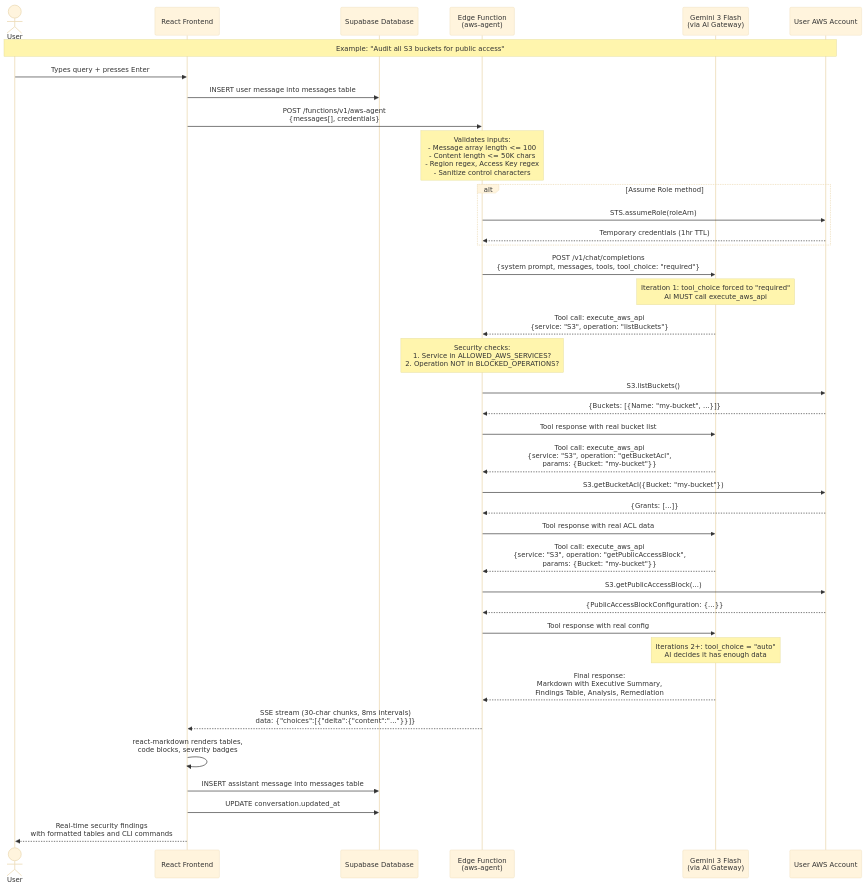
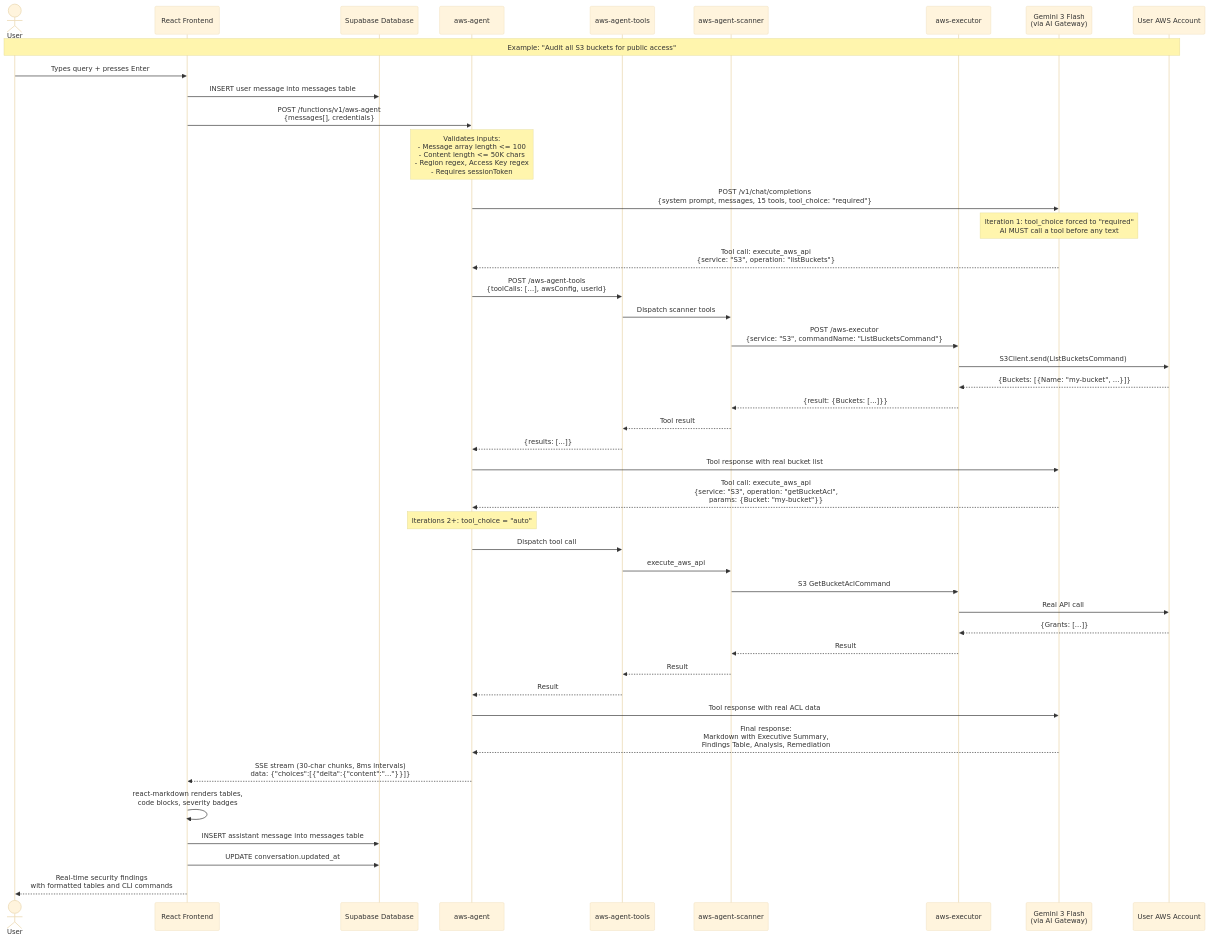
The second of 21 diagrams in TECHNICAL_DOCUMENTATION.md (ritvikindupuri/aws-ai-agent), drawn with Mermaid (base theme) before and after one commit. The commit also changed other lines of this file, not shown here.

````diff
--- a/TECHNICAL_DOCUMENTATION.md
+++ b/TECHNICAL_DOCUMENTATION.md
@@ -179,62 +160,63 @@
 ```mermaid
 sequenceDiagram
     actor User
     participant UI as React Frontend
     participant DB as Supabase Database
-    participant EF as Edge Function<br/>(aws-agent)
+    participant EF as aws-agent
+    participant Router as aws-agent-tools
+    participant Scanner as aws-agent-scanner
+    participant Executor as aws-executor
     participant AI as Gemini 3 Flash<br/>(via AI Gateway)
     participant AWS as User AWS Account
 
     Note over User,AWS: Example: "Audit all S3 buckets for public access"
 
     User->>UI: Types query + presses Enter
     UI->>DB: INSERT user message into messages table
     UI->>EF: POST /functions/v1/aws-agent<br/>{messages[], credentials}
 
-    Note over EF: Validates inputs:<br/>- Message array length <= 100<br/>- Content length <= 50K chars<br/>- Region regex, Access Key regex<br/>- Sanitize control characters
+    Note over EF: Validates inputs:<br/>- Message array length <= 100<br/>- Content length <= 50K chars<br/>- Region regex, Access Key regex<br/>- Requires sessionToken
 
-    alt Assume Role method
-        EF->>AWS: STS.assumeRole(roleArn)
-        AWS-->>EF: Temporary credentials (1hr TTL)
-    end
+    EF->>AI: POST /v1/chat/completions<br/>{system prompt, messages, 15 tools, tool_choice: "required"}
 
-    EF->>AI: POST /v1/chat/completions<br/>{system prompt, messages, tools, tool_choice: "required"}
-
-    Note over AI: Iteration 1: tool_choice forced to "required"<br/>AI MUST call execute_aws_api
+    Note over AI: Iteration 1: tool_choice forced to "required"<br/>AI MUST call a tool before any text
 
     AI-->>EF: Tool call: execute_aws_api<br/>{service: "S3", operation: "listBuckets"}
 
-    Note over EF: Security checks:<br/>1. Service in ALLOWED_AWS_SERVICES?<br/>2. Operation NOT in BLOCKED_OPERATIONS?
-
-    EF->>AWS: S3.listBuckets()
-    AWS-->>EF: {Buckets: [{Name: "my-bucket", ...}]}
+    EF->>Router: POST /aws-agent-tools<br/>{toolCalls: [...], awsConfig, userId}
+    Router->>Scanner: Dispatch scanner tools
+    Scanner->>Executor: POST /aws-executor<br/>{service: "S3", commandName: "ListBucketsCommand"}
+    Executor->>AWS: S3Client.send(ListBucketsCommand)
+    AWS-->>Executor: {Buckets: [{Name: "my-bucket", ...}]}
+    Executor-->>Scanner: {result: {Buckets: [...]}}
+    Scanner-->>Router: Tool result
+    Router-->>EF: {results: [...]}
 
     EF->>AI: Tool response with real bucket list
 
     AI-->>EF: Tool call: execute_aws_api<br/>{service: "S3", operation: "getBucketAcl",<br/>params: {Bucket: "my-bucket"}}
 
-    EF->>AWS: S3.getBucketAcl({Bucket: "my-bucket"})
-    AWS-->>EF: {Grants: [...]}
+    Note over EF: Iterations 2+: tool_choice = "auto"
+
+    EF->>Router: Dispatch tool call
+    Router->>Scanner: execute_aws_api
+    Scanner->>Executor: S3 GetBucketAclCommand
+    Executor->>AWS: Real API call
+    AWS-->>Executor: {Grants: [...]}
+    Executor-->>Scanner: Result
+    Scanner-->>Router: Result
+    Router-->>EF: Result
 
     EF->>AI: Tool response with real ACL data
-
-    AI-->>EF: Tool call: execute_aws_api<br/>{service: "S3", operation: "getPublicAccessBlock",<br/>params: {Bucket: "my-bucket"}}
-
-    EF->>AWS: S3.getPublicAccessBlock(...)
-    AWS-->>EF: {PublicAccessBlockConfiguration: {...}}
-
-    EF->>AI: Tool response with real config
-
-    Note over AI: Iterations 2+: tool_choice = "auto"<br/>AI decides it has enough data
 
     AI-->>EF: Final response:<br/>Markdown with Executive Summary,<br/>Findings Table, Analysis, Remediation
 
     EF-->>UI: SSE stream (30-char chunks, 8ms intervals)<br/>data: {"choices":[{"delta":{"content":"..."}}]}
 
     UI->>UI: react-markdown renders tables,<br/>code blocks, severity badges
 
     UI->>DB: INSERT assistant message into messages table
     UI->>DB: UPDATE conversation.updated_at
 
     UI-->>User: Real-time security findings<br/>with formatted tables and CLI commands
 ```
````
